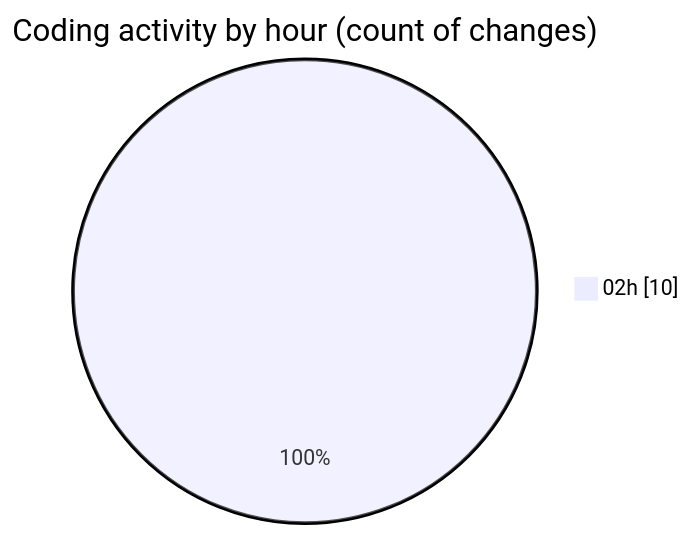
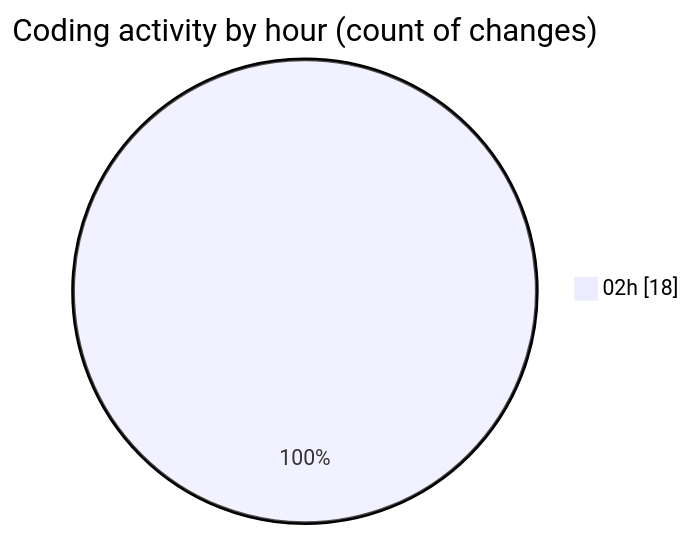
One commit to ernivani/code-tracking changed the second of 2 diagrams in 2025-01-02/3drust/README.md. Above: the diagram before and after it, drawn with Mermaid. The commit also changed other lines of this file and 2 other files, not shown here.

````diff
--- a/2025-01-02/3drust/README.md
+++ b/2025-01-02/3drust/README.md
@@ -30,5 +30,5 @@
 ```mermaid
 pie showData
 title Coding activity by hour (count of changes)
-"02h" : 10
+"02h" : 18
 ```
````
